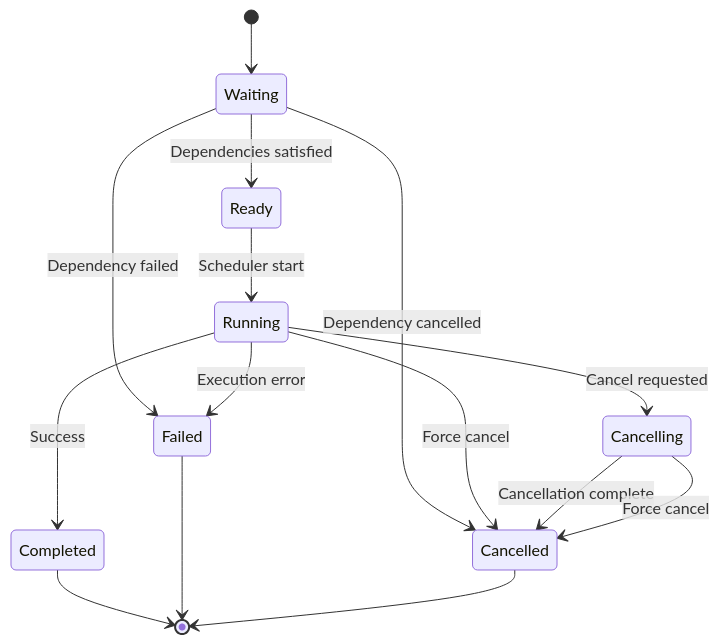
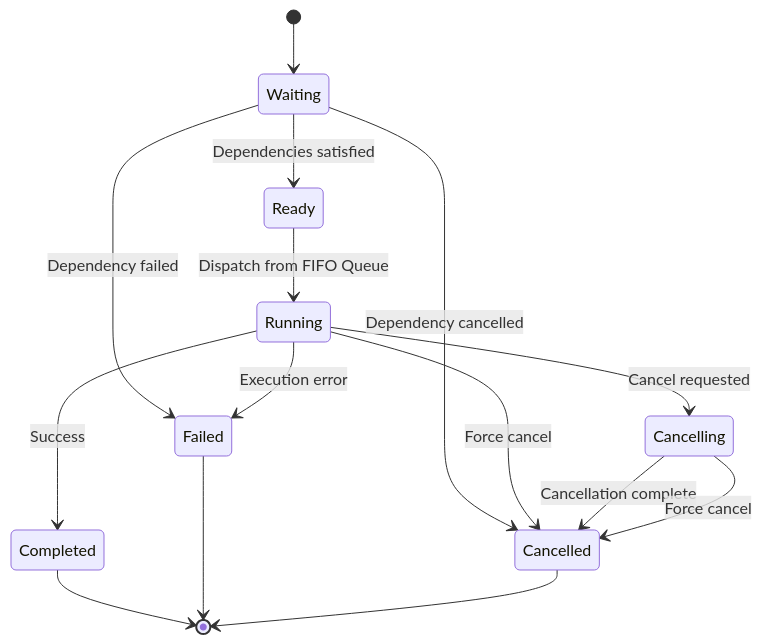
Before and after one commit to panzoux/rwf: the second of 2 diagrams in specs/design.md, drawn with Mermaid. The commit also changed other lines of this file and 227 other files, not shown here.

````diff
--- a/specs/design.md
+++ b/specs/design.md
@@ -2376,22 +2469,22 @@
 ```mermaid
 stateDiagram-v2
     [*] --> Waiting
 
     Waiting --> Ready: Dependencies satisfied
     Waiting --> Failed: Dependency failed
     Waiting --> Cancelled: Dependency cancelled
 
-    Ready --> Running: Scheduler start
+    Ready --> Running: Dispatch from FIFO Queue
 
     Running --> Completed: Success
     Running --> Failed: Execution error
     Running --> Cancelling: Cancel requested
     Running --> Cancelled: Force cancel
 
     Cancelling --> Cancelled: Cancellation complete
     Cancelling --> Cancelled: Force cancel
 
     Completed --> [*]
     Failed --> [*]
     Cancelled --> [*]
 ```
````
